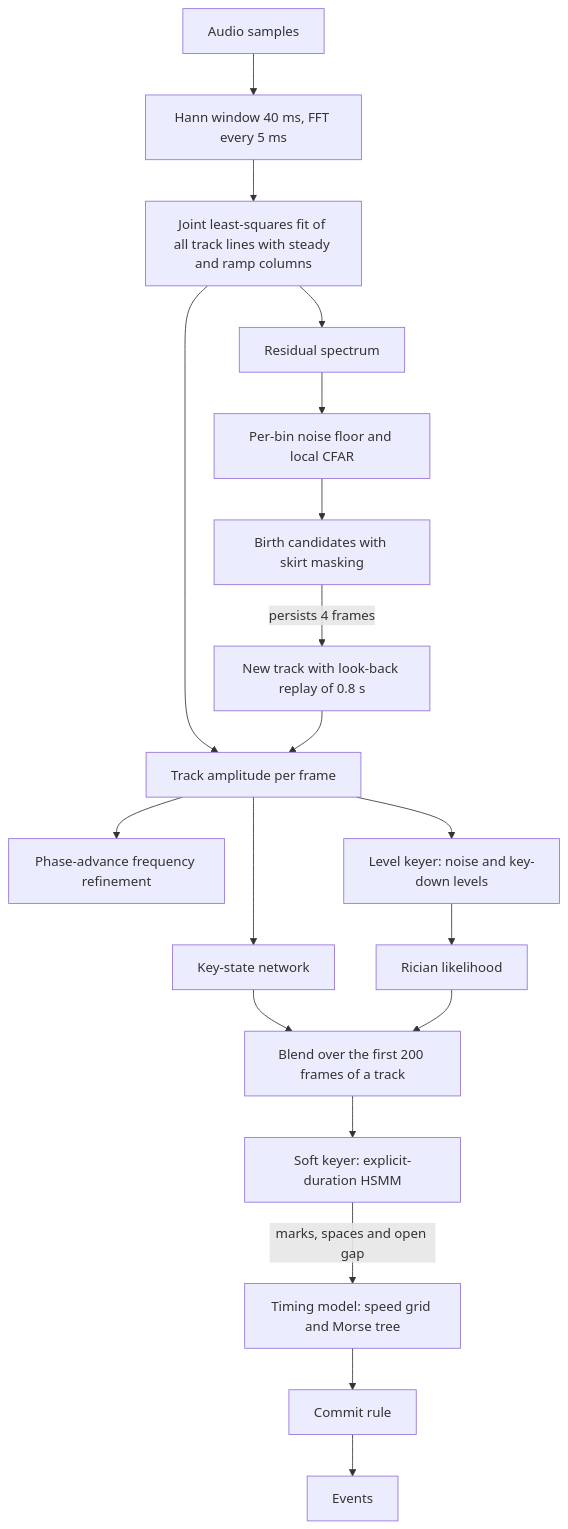
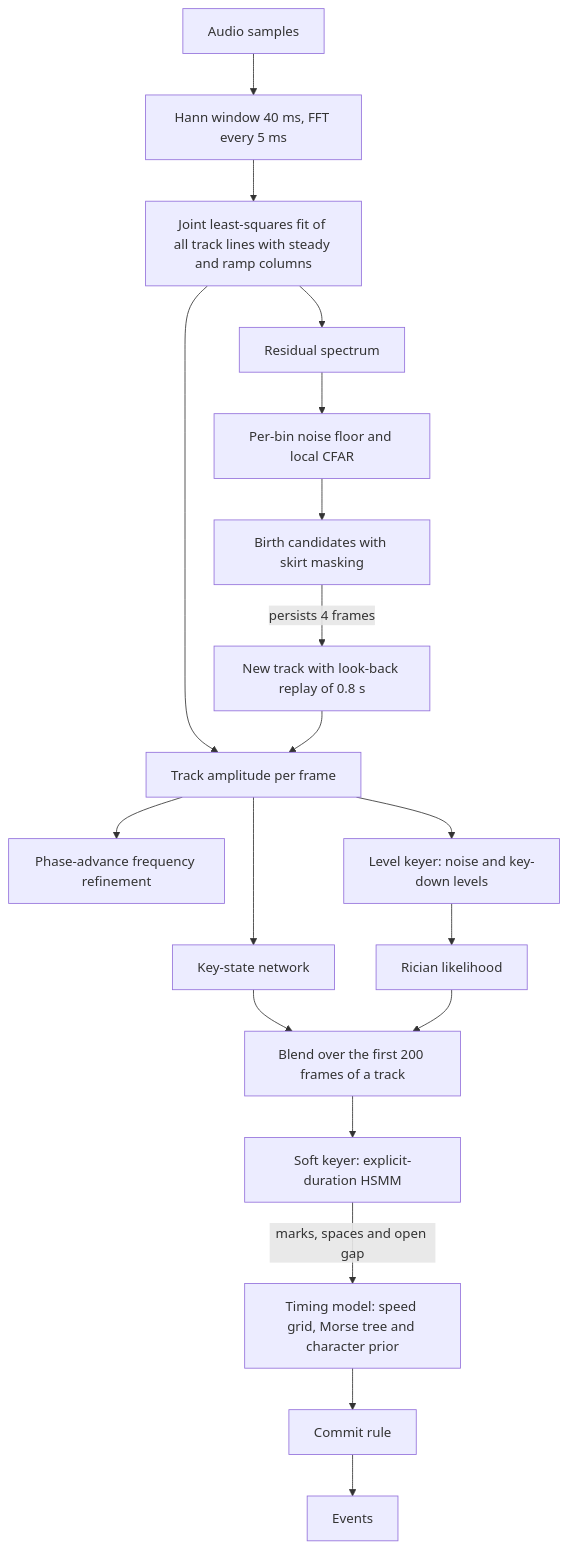
One commit to nextzlog/rumo changed the first of 6 diagrams in README.md. Above: the diagram before and after it, drawn with Mermaid. The commit also changed other lines of this file and 2 other files, not shown here.

````diff
--- a/README.md
+++ b/README.md
@@ -52,21 +52,21 @@
 ```mermaid
 flowchart TD
   A[Audio samples] --> B[Hann window 40 ms, FFT every 5 ms]
   B --> C[Joint least-squares fit of all track lines with steady and ramp columns]
   C --> D[Residual spectrum]
   D --> E[Per-bin noise floor and local CFAR]
   E --> F[Birth candidates with skirt masking]
   F -->|persists 4 frames| G[New track with look-back replay of 0.8 s]
   C --> H[Track amplitude per frame]
   G --> H
   H --> I[Phase-advance frequency refinement]
   H --> J[Level keyer: noise and key-down levels]
   H --> K[Key-state network]
   J --> R[Rician likelihood]
   K --> L[Blend over the first 200 frames of a track]
   R --> L
   L --> M[Soft keyer: explicit-duration HSMM]
-  M -->|marks, spaces and open gap| N[Timing model: speed grid and Morse tree]
+  M -->|marks, spaces and open gap| N[Timing model: speed grid, Morse tree and character prior]
   N --> O[Commit rule]
   O --> P[Events]
 ```
````
